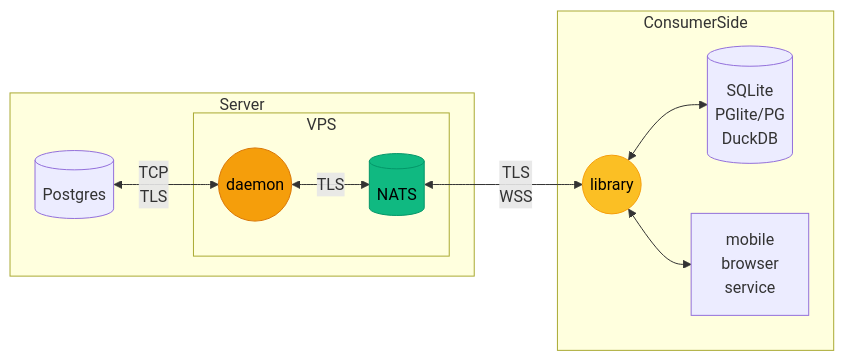
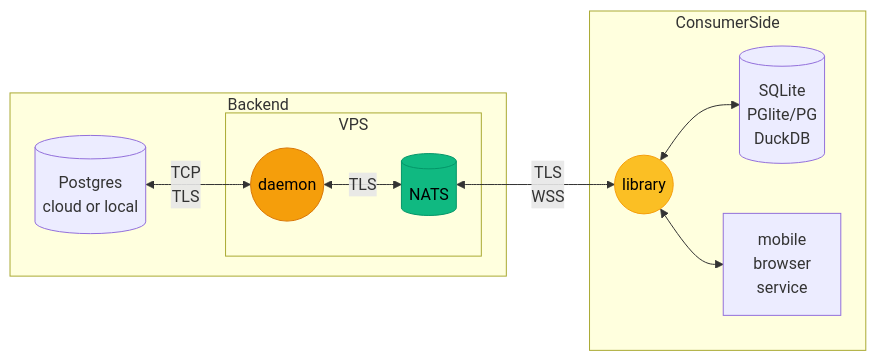
Before and after one commit to ndrean/ZeBridge: the first of 7 diagrams in README.md, drawn with Mermaid. The commit also changed other lines of this file and 2 other files, not shown here.

````diff
--- a/README.md
+++ b/README.md
@@ -14,28 +14,28 @@
 ```mermaid
 flowchart LR
-     subgraph VPN["Server"]
-        PG[("Postgres")]
+     subgraph VPN["Backend"]
+        PG[("Postgres <br> cloud or local")]
         subgraph VPS ["VPS"]
             Bridge(("daemon"))
             NATS[("NATS")]
         end
         PG <--> |TCP<br>TLS| Bridge
         Bridge <--> |TLS| NATS
     end
 
     NATS <--> |TLS <br> WSS| Lib
 
 
     subgraph Edge["ConsumerSide"]
         Lib(("library"))
         LocalDB[("SQLite<br>PGlite/PG<br>DuckDB")]
         App["mobile<br>browser<br>service"]
         Lib <-->LocalDB
         Lib <-->App
 
     end
 
     style Bridge fill:#f59e0b,stroke:#d97706,color:#000
     style Lib fill:#fbbf24,stroke:#f59e0b,color:#000
     style NATS fill:#10b981,stroke:#059669,color:#000
 ```
````
